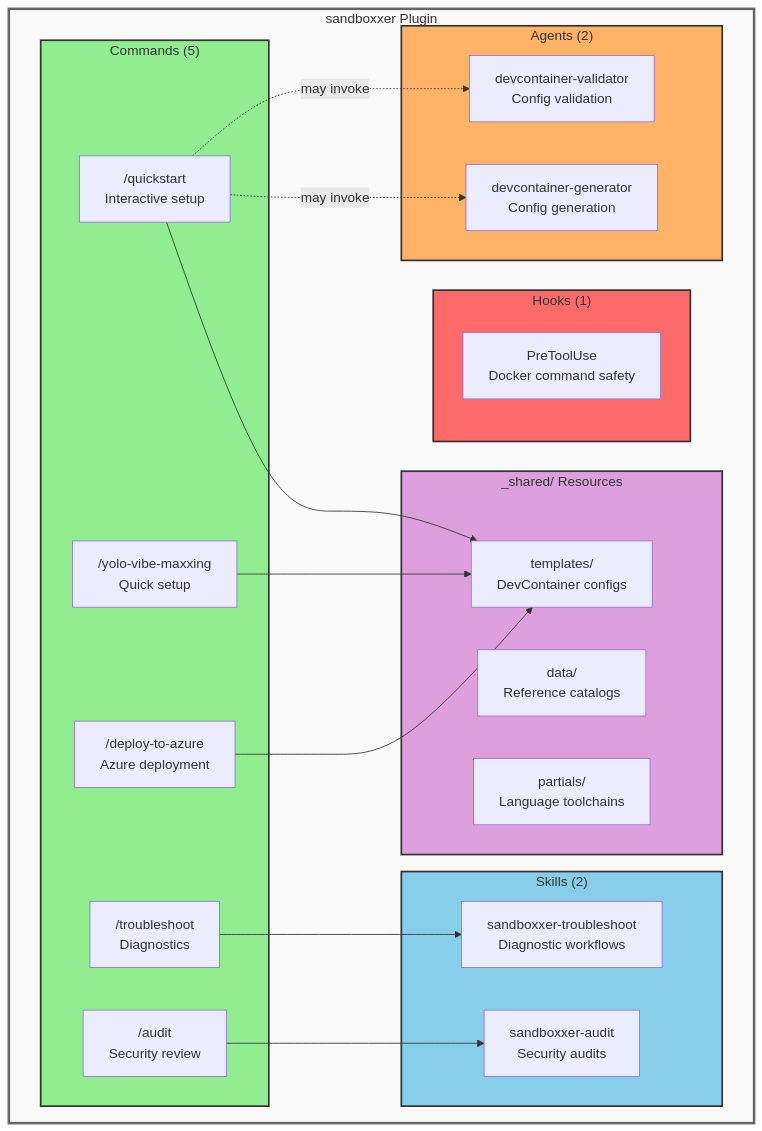
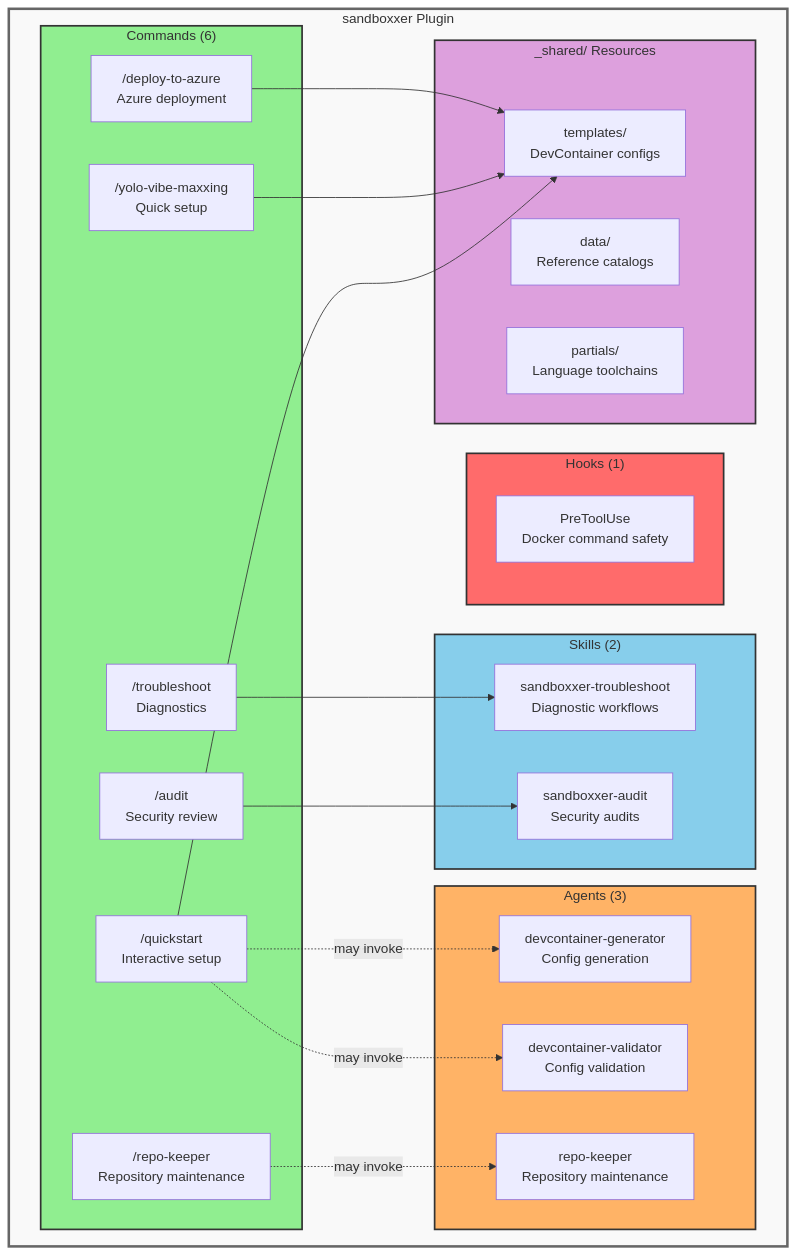
One commit to andrewcchoi/windows-sandbox changed the diagram in docs/diagrams/plugin-architecture.mmd. Above: the diagram before and after it, drawn with Mermaid. The commit also changed 6 other files, not shown here.

First line of the commit message:
docs: update README with experimental warnings and fix diagrams

```diff
--- a/docs/diagrams/plugin-architecture.mmd
+++ b/docs/diagrams/plugin-architecture.mmd
@@ -1,46 +1,49 @@
 graph TB
     subgraph Plugin["sandboxxer Plugin"]
-        subgraph Commands["Commands (5)"]
+        subgraph Commands["Commands (6)"]
             C1["/quickstart<br/>Interactive setup"]
             C2["/yolo-vibe-maxxing<br/>Quick setup"]
             C3["/troubleshoot<br/>Diagnostics"]
             C4["/audit<br/>Security review"]
             C5["/deploy-to-azure<br/>Azure deployment"]
+            C6["/repo-keeper<br/>Repository maintenance"]
         end
 
         subgraph Skills["Skills (2)"]
             S1["sandboxxer-troubleshoot<br/>Diagnostic workflows"]
             S2["sandboxxer-audit<br/>Security audits"]
         end
 
-        subgraph Agents["Agents (2)"]
+        subgraph Agents["Agents (3)"]
             A1["devcontainer-generator<br/>Config generation"]
             A2["devcontainer-validator<br/>Config validation"]
+            A3["repo-keeper<br/>Repository maintenance"]
         end
 
         subgraph Hooks["Hooks (1)"]
             H1["PreToolUse<br/>Docker command safety"]
         end
 
         subgraph Shared["_shared/ Resources"]
             T["templates/<br/>DevContainer configs"]
             D["data/<br/>Reference catalogs"]
             P["partials/<br/>Language toolchains"]
         end
     end
 
     C1 --> T
     C2 --> T
     C5 --> T
     C3 --> S1
     C4 --> S2
 
     C1 -.->|"may invoke"| A1
     C1 -.->|"may invoke"| A2
+    C6 -.->|"may invoke"| A3
 
     style Commands fill:#90EE90,stroke:#333,stroke-width:2px
     style Skills fill:#87CEEB,stroke:#333,stroke-width:2px
     style Agents fill:#FFB366,stroke:#333,stroke-width:2px
     style Hooks fill:#FF6B6B,stroke:#333,stroke-width:2px
     style Shared fill:#DDA0DD,stroke:#333,stroke-width:2px
     style Plugin fill:#f9f9f9,stroke:#666,stroke-width:3px
```
